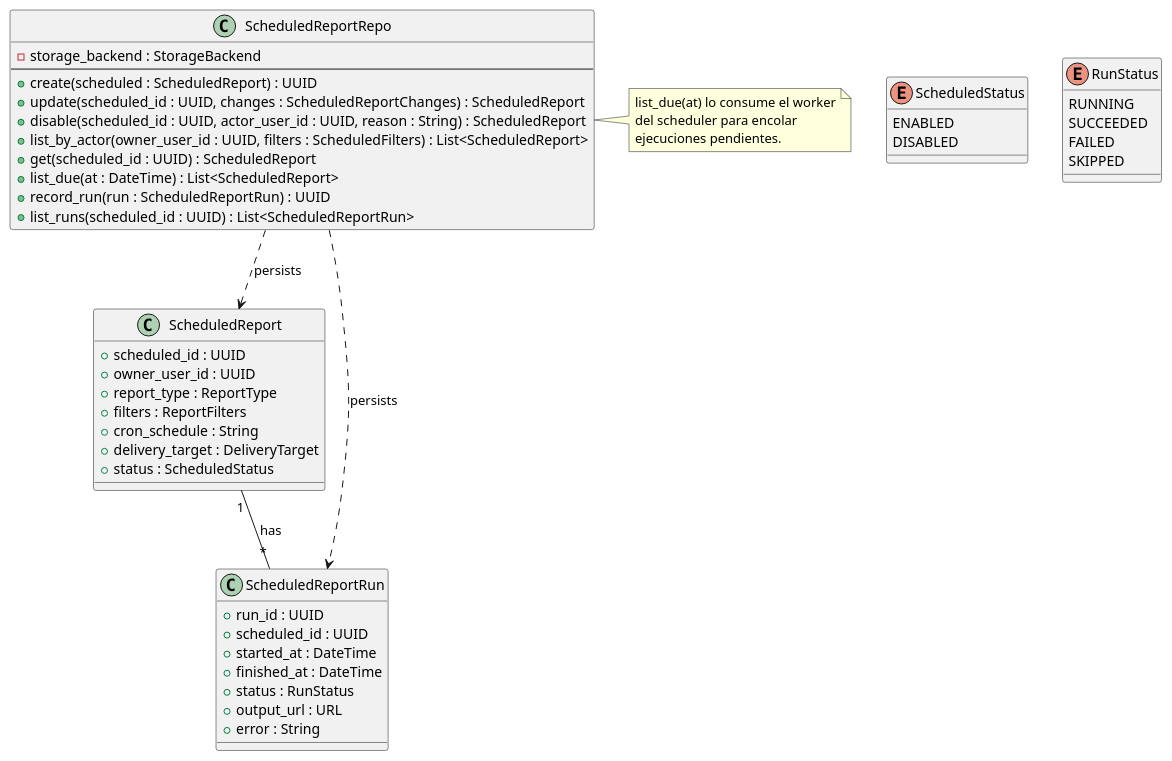
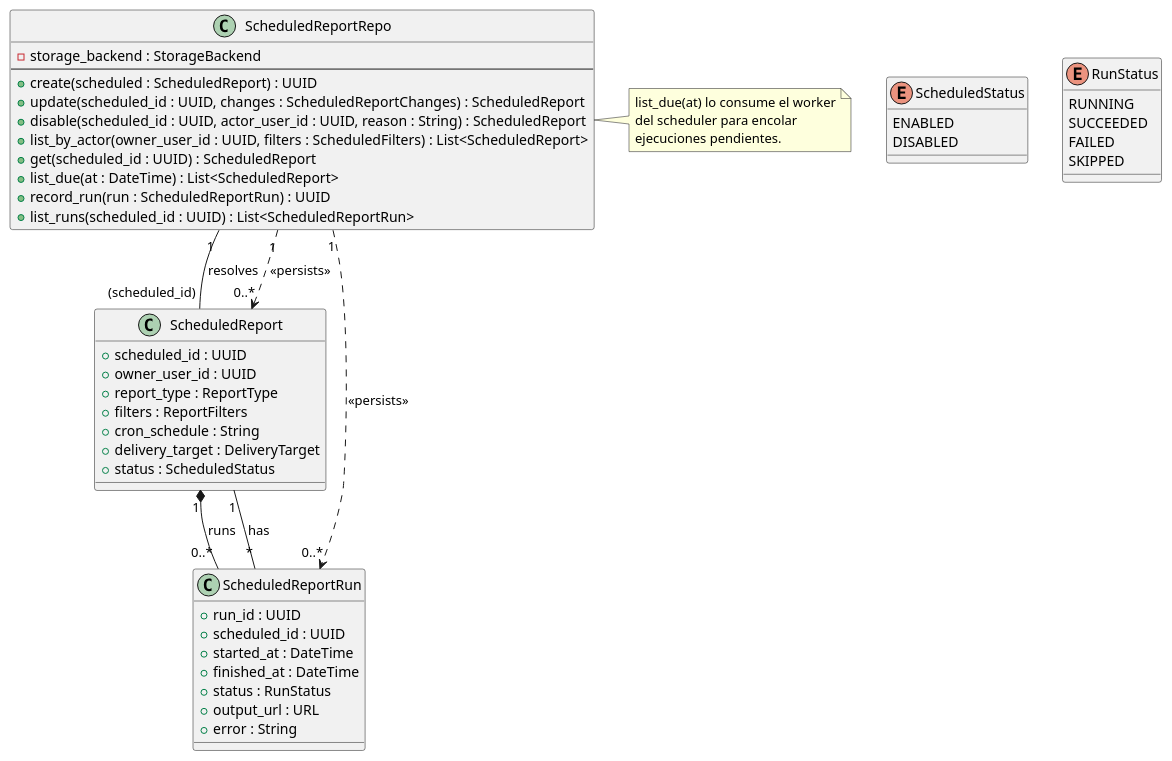
Before and after one commit to jcg-admin/IACT-docs: the diagram in source/arquitectura-tecnica/domain-model/scheduled-report-repo.rst, drawn with PlantUML. The commit also changed 27 other files, not shown here.

First line of the commit message:
Apply UML rigor pass batch 2: Audit + Alerts + RBAC repos

```diff
--- a/source/arquitectura-tecnica/domain-model/scheduled-report-repo.rst
+++ b/source/arquitectura-tecnica/domain-model/scheduled-report-repo.rst
@@ -32,62 +32,64 @@
 .. uml::
  :caption: Clase ScheduledReportRepo — CRUD de reportes
            programados y trazabilidad de ejecuciones.
 
  @startuml
 
  class ScheduledReportRepo {
    - storage_backend : StorageBackend
    --
    + create(scheduled : ScheduledReport) : UUID
    + update(scheduled_id : UUID, changes : ScheduledReportChanges) : ScheduledReport
    + disable(scheduled_id : UUID, actor_user_id : UUID, reason : String) : ScheduledReport
    + list_by_actor(owner_user_id : UUID, filters : ScheduledFilters) : List<ScheduledReport>
    + get(scheduled_id : UUID) : ScheduledReport
    + list_due(at : DateTime) : List<ScheduledReport>
    + record_run(run : ScheduledReportRun) : UUID
    + list_runs(scheduled_id : UUID) : List<ScheduledReportRun>
  }
 
  class ScheduledReport {
    + scheduled_id : UUID
    + owner_user_id : UUID
    + report_type : ReportType
    + filters : ReportFilters
    + cron_schedule : String
    + delivery_target : DeliveryTarget
    + status : ScheduledStatus
  }
 
  class ScheduledReportRun {
    + run_id : UUID
    + scheduled_id : UUID
    + started_at : DateTime
    + finished_at : DateTime
    + status : RunStatus
    + output_url : URL
    + error : String
  }
 
  enum ScheduledStatus {
    ENABLED
    DISABLED
  }
 
  enum RunStatus {
    RUNNING
    SUCCEEDED
    FAILED
    SKIPPED
  }
 
- ScheduledReportRepo ..> ScheduledReport : persists
- ScheduledReportRepo ..> ScheduledReportRun : persists
+ ScheduledReportRepo "1" -- "(scheduled_id)" ScheduledReport : resolves
+ ScheduledReportRepo "1" ..> "0..*" ScheduledReport : <<persists>>
+ ScheduledReportRepo "1" ..> "0..*" ScheduledReportRun : <<persists>>
+ ScheduledReport "1" *-- "0..*" ScheduledReportRun : runs
  ScheduledReport "1" -- "*" ScheduledReportRun : has
 
  note right of ScheduledReportRepo
    list_due(at) lo consume el worker
    del scheduler para encolar
    ejecuciones pendientes.
  end note
 
  @enduml
```
